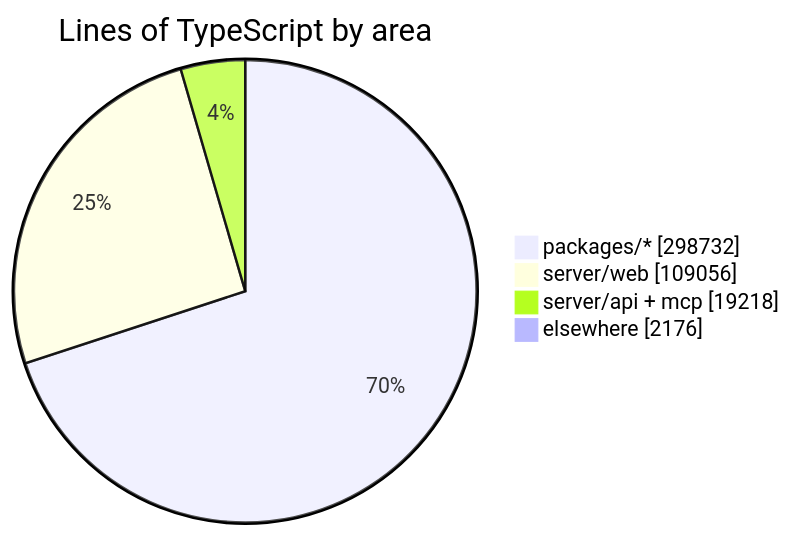
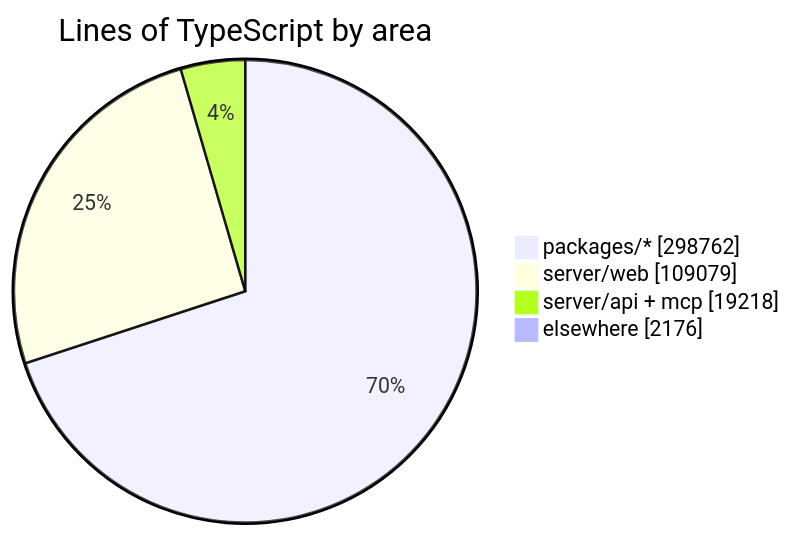
Before and after one commit to crossworks-engineering/mantle: the diagram in README.md, drawn with Mermaid. The commit also changed other lines of this file and 2 other files, not shown here.

````diff
--- a/README.md
+++ b/README.md
@@ -294,7 +294,7 @@
 ```mermaid
 pie showData title Lines of TypeScript by area
-    "packages/*" : 298732
-    "server/web" : 109056
+    "packages/*" : 298762
+    "server/web" : 109079
     "server/api + mcp" : 19218
     "elsewhere" : 2176
 ```
````
